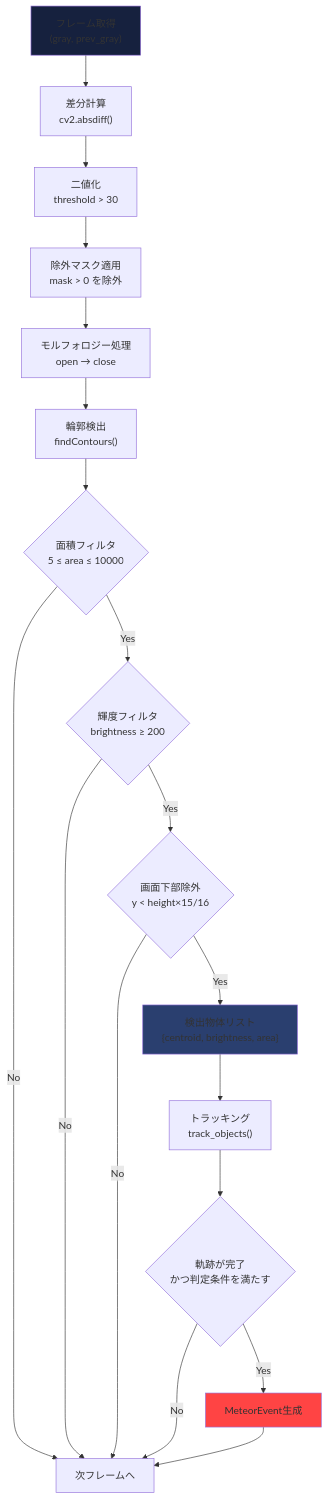
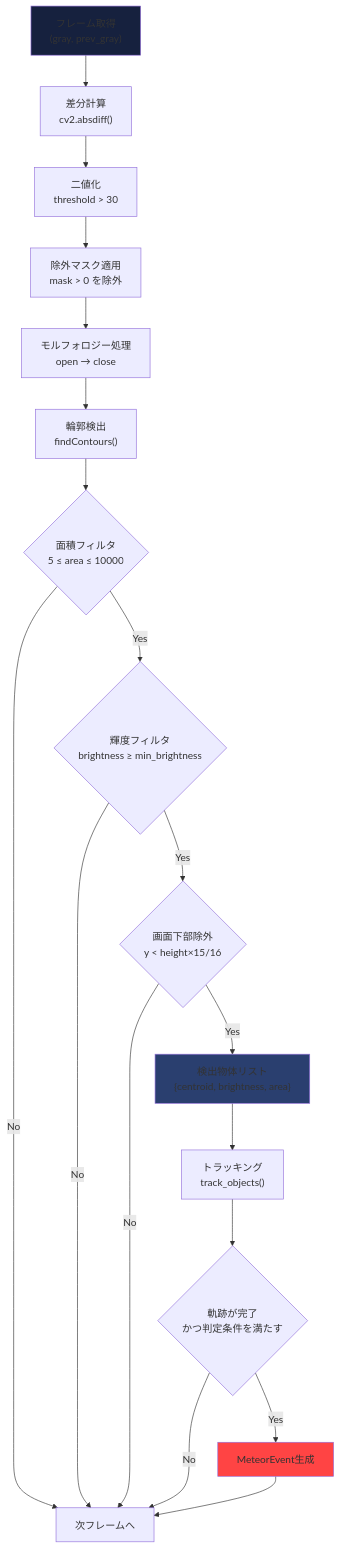
Before and after one commit to Masakai/meteo: the fifth of 12 diagrams in documents/DETECTOR_COMPONENTS.md, drawn with Mermaid. The commit also changed other lines of this file and 9 other files, not shown here.

````diff
--- a/documents/DETECTOR_COMPONENTS.md
+++ b/documents/DETECTOR_COMPONENTS.md
@@ -222,42 +224,42 @@
 ```mermaid
 flowchart TD
     Start["フレーム取得<br/>(gray, prev_gray)"]
     Diff["差分計算<br/>cv2.absdiff()"]
     Thresh["二値化<br/>threshold > 30"]
     Mask["除外マスク適用<br/>mask > 0 を除外"]
     Morph["モルフォロジー処理<br/>open → close"]
     Contours["輪郭検出<br/>findContours()"]
 
     Filter1{"面積フィルタ<br/>5 ≤ area ≤ 10000"}
-    Filter2{"輝度フィルタ<br/>brightness ≥ 200"}
+    Filter2{"輝度フィルタ<br/>brightness ≥ min_brightness"}
     Filter3{"画面下部除外<br/>y < height×15/16"}
 
     Objects["検出物体リスト<br/>{centroid, brightness, area}"]
     Track["トラッキング<br/>track_objects()"]
 
     Decision{"軌跡が完了<br/>かつ判定条件を満たす"}
     Meteor["MeteorEvent生成"]
     End["次フレームへ"]
 
     Start --> Diff
     Diff --> Thresh
     Thresh --> Mask
     Mask --> Morph
     Morph --> Contours
     Contours --> Filter1
     Filter1 -->|"No"| End
     Filter1 -->|"Yes"| Filter2
     Filter2 -->|"No"| End
     Filter2 -->|"Yes"| Filter3
     Filter3 -->|"No"| End
     Filter3 -->|"Yes"| Objects
     Objects --> Track
     Track --> Decision
     Decision -->|"Yes"| Meteor
     Decision -->|"No"| End
     Meteor --> End
 
     style Start fill:#16213e
     style Meteor fill:#ff4444
     style Objects fill:#2a3f6f
 ```
````
